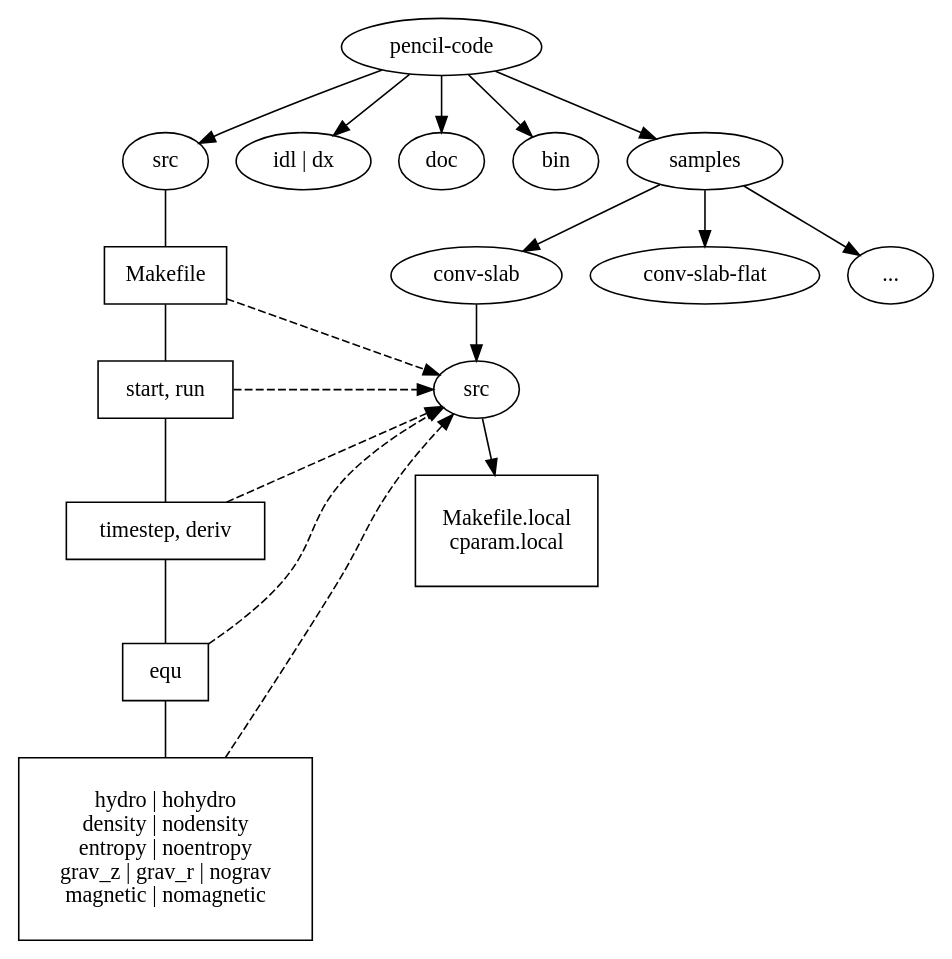
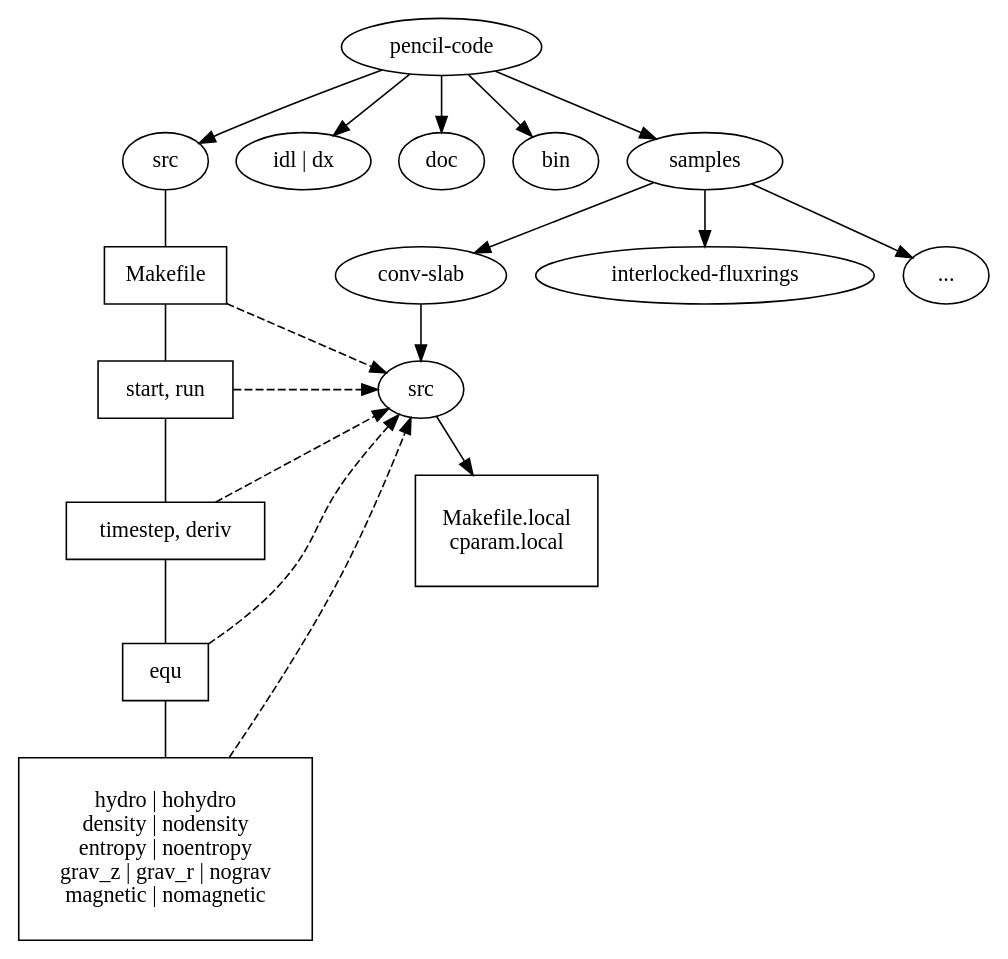
The diagram in doc/structure.dot (pencil-code/pencil-code), drawn with Graphviz before and after one commit. The commit also changed 1 other file, not shown here.

```diff
--- a/doc/structure.dot
+++ b/doc/structure.dot
@@ -1,73 +1,73 @@
 /*                               -*-c-*-
    Mutual dependencies for the pencil-code
    Run this through
      dot -Tps structure.dot -o struct.eps
    to obtain a PostScript graph.
    `dot' is part of AT&T's `graphviz' package.
  */
 
 digraph G {
 
   /* Top directory */
   node [shape=ellipse];
   { pencilcode}
 
   pencilcode [ label="pencil-code"];
 
   /* */
   node [shape=ellipse];
   { rank=same; src; idl_dx; doc; bin; samples }
 
   idl_dx [label="idl | dx"];
 
   pencilcode -> src;
   pencilcode -> idl_dx;
   pencilcode -> bin;
   pencilcode -> doc;
 /*    pencilcode -> runs; */
   pencilcode -> samples;
 
 /*
   runs->gravz    ->entro1;
   runs->spher    ->spher1;
   runs->rings    ->rings1;
   runs->kinematic->abc;
 
   gravz->vconv1;
   spher->spher2;
 */
 
   samples->conv_slab;
-  samples->conv_slab_flat;
+  samples->fluxrings;
   samples->dot_dot_dot;
   conv_slab      [shape=ellipse, label="conv-slab"];
-  conv_slab_flat [shape=ellipse, label="conv-slab-flat"];
+  fluxrings [shape=ellipse, label="interlocked-fluxrings"];
   dot_dot_dot    [shape=ellipse, label="..."];
 
   /* Switch default to boxed (for files) */
   node [shape=box];
   { Makefile; startrun; scheme; equ; physics; }
 
   startrun [label="start, run"];
   scheme   [label="timestep, deriv"];
   physics  [label="\nhydro | hohydro\ndensity | nodensity\nentropy | noentropy\ngrav_z | grav_r | nograv\nmagnetic | nomagnetic\n\n"];
 
   src->Makefile->startrun->scheme->equ->physics [dir=none,weight=5];
 
 
 /*    vconv1->src1[weight=5]; */
   conv_slab->src1[weight=5];
   src1 [shape=ellipse, label="src"];
   src1->src_local[weight=5];
   src_local[label="\nMakefile.local\ncparam.local\n\n"];
 
 
   /* Indicate links from src to runs/gravz/vconv1/src*/
   Makefile -> src1 [style=dashed];
   startrun -> src1 [style=dashed];
   scheme   -> src1 [style=dashed];
   equ      -> src1 [style=dashed];
   physics  -> src1 [style=dashed];
 
   { rank = same; startrun; src1 }
 }
```
